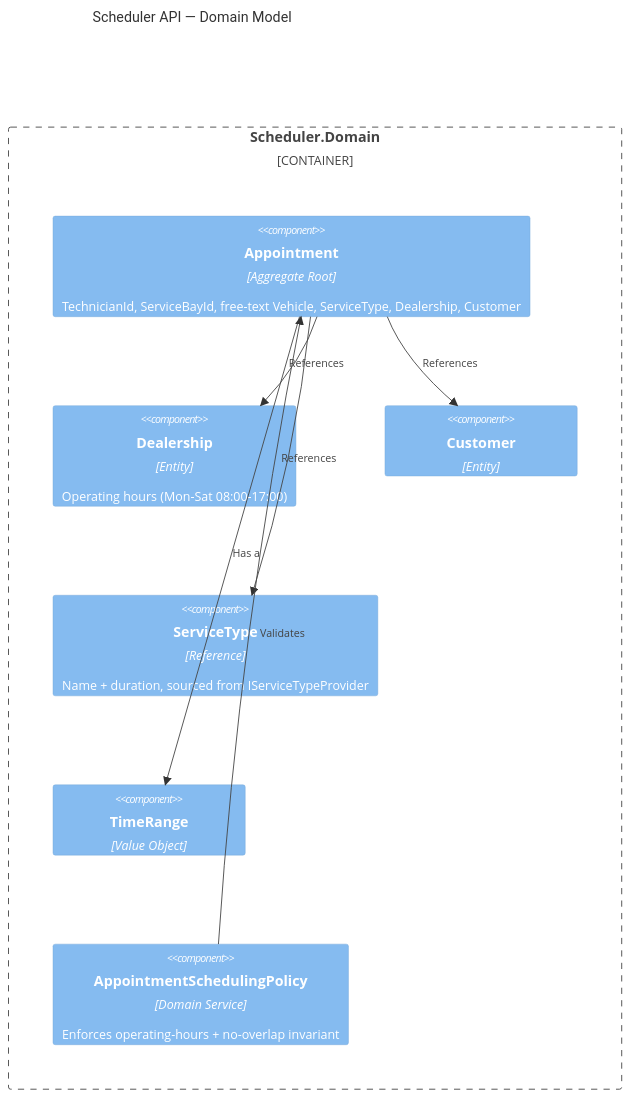
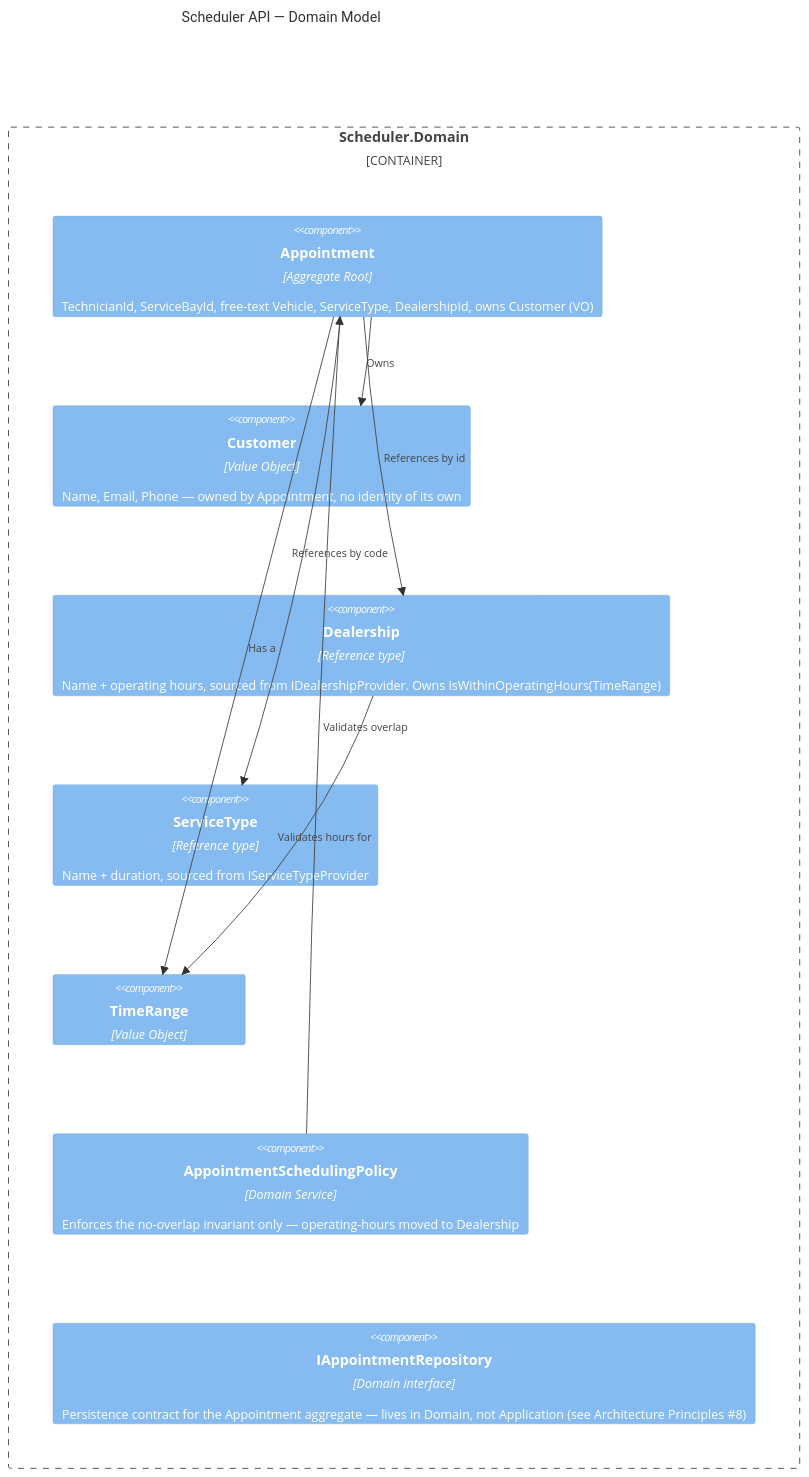
One commit to wesilios/unified-service-scheduler changed the fourth of 9 diagrams in architecture.md. Above: the diagram before and after it, drawn with Mermaid. The commit also changed other lines of this file and 3 other files, not shown here.

````diff
--- a/architecture.md
+++ b/architecture.md
@@ -441,19 +487,21 @@
 ```mermaid
 C4Component
     title Scheduler API — Domain Model
 
     Container_Boundary(domainB, "Scheduler.Domain") {
-        Component(appointment, "Appointment", "Aggregate Root", "TechnicianId, ServiceBayId, free-text Vehicle, ServiceType, Dealership, Customer")
-        Component(dealership, "Dealership", "Entity", "Operating hours (Mon-Sat 08:00-17:00)")
-        Component(customerEnt, "Customer", "Entity")
-        Component(serviceType, "ServiceType", "Reference", "Name + duration, sourced from IServiceTypeProvider")
+        Component(appointment, "Appointment", "Aggregate Root", "TechnicianId, ServiceBayId, free-text Vehicle, ServiceType, DealershipId, owns Customer (VO)")
+        Component(customerVo, "Customer", "Value Object", "Name, Email, Phone — owned by Appointment, no identity of its own")
+        Component(dealership, "Dealership", "Reference type", "Name + operating hours, sourced from IDealershipProvider. Owns IsWithinOperatingHours(TimeRange)")
+        Component(serviceType, "ServiceType", "Reference type", "Name + duration, sourced from IServiceTypeProvider")
         Component(timeRange, "TimeRange", "Value Object")
-        Component(policy, "AppointmentSchedulingPolicy", "Domain Service", "Enforces operating-hours + no-overlap invariant")
+        Component(policy, "AppointmentSchedulingPolicy", "Domain Service", "Enforces the no-overlap invariant only — operating-hours moved to Dealership")
+        Component(apptRepo, "IAppointmentRepository", "Domain interface", "Persistence contract for the Appointment aggregate — lives in Domain, not Application (see Architecture Principles #8)")
     }
 
     Rel(appointment, timeRange, "Has a")
-    Rel(appointment, serviceType, "References")
-    Rel(appointment, dealership, "References")
-    Rel(appointment, customerEnt, "References")
-    Rel(policy, appointment, "Validates")
+    Rel(appointment, customerVo, "Owns")
+    Rel(appointment, serviceType, "References by code")
+    Rel(appointment, dealership, "References by id")
+    Rel(policy, appointment, "Validates overlap")
+    Rel(dealership, timeRange, "Validates hours for")
 ```
````
